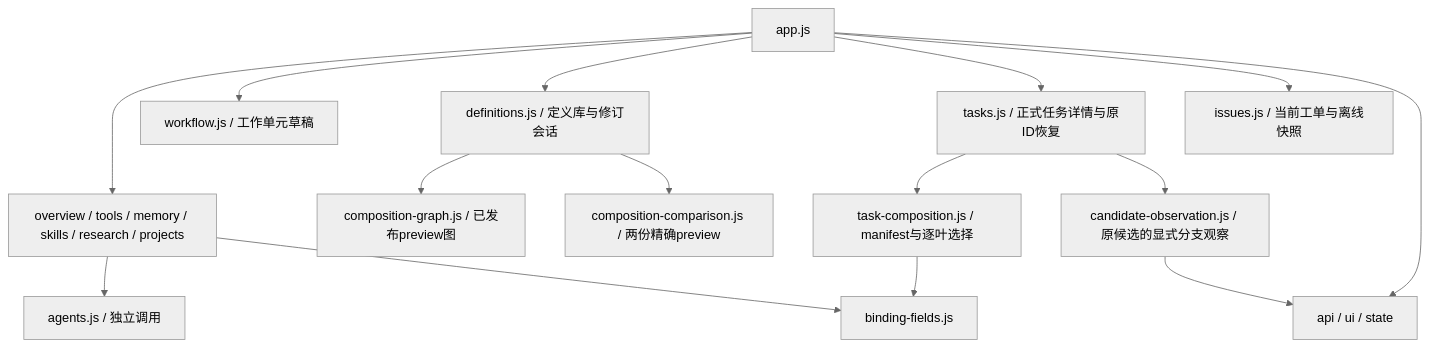
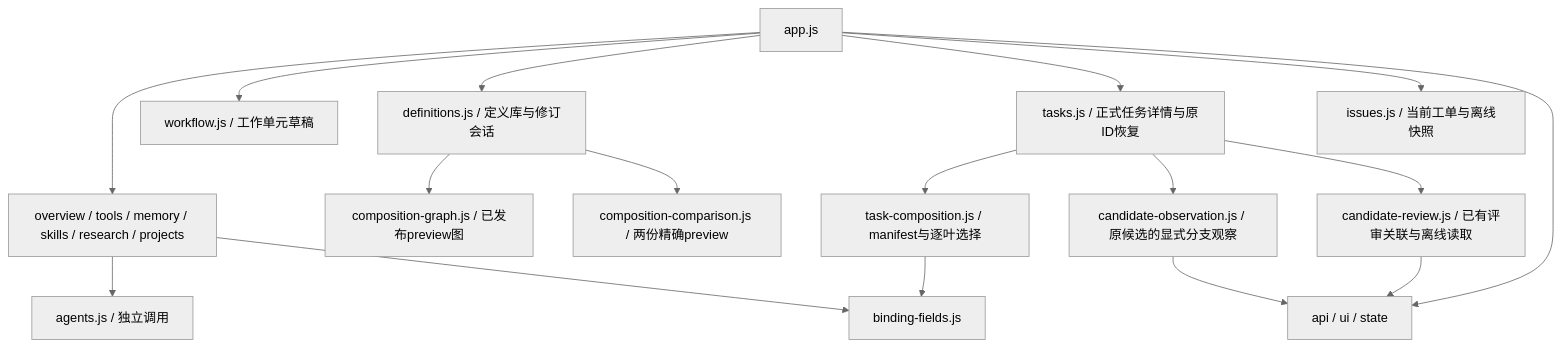
The fourth of 5 diagrams in docs/architecture/current.md (626619403/Ergora), drawn with Mermaid (neutral theme) before and after one commit. The commit also changed other lines of this file and 18 other files, not shown here.

````diff
--- a/docs/architecture/current.md
+++ b/docs/architecture/current.md
@@ -182,17 +182,19 @@
 ```mermaid
 flowchart TB
   App[app.js] --> Views[overview / tools / memory / skills / research / projects]
   App --> Draft[workflow.js / 工作单元草稿]
   App --> Definitions[definitions.js / 定义库与修订会话]
   App --> Tasks[tasks.js / 正式任务详情与原ID恢复]
   App --> Issues[issues.js / 当前工单与离线快照]
   Views --> Agents[agents.js / 独立调用]
   Definitions --> Graph[composition-graph.js / 已发布preview图]
   Definitions --> Compare[composition-comparison.js / 两份精确preview]
   Tasks --> Selection[task-composition.js / manifest与逐叶选择]
   Tasks --> Candidate[candidate-observation.js / 原候选的显式分支观察]
   Candidate --> Shared
+  Tasks --> SavedReview[candidate-review.js / 已有评审关联与离线读取]
+  SavedReview --> Shared
   Selection --> Fields[binding-fields.js]
   Views --> Fields
   App --> Shared[api / ui / state]
 ```
````
